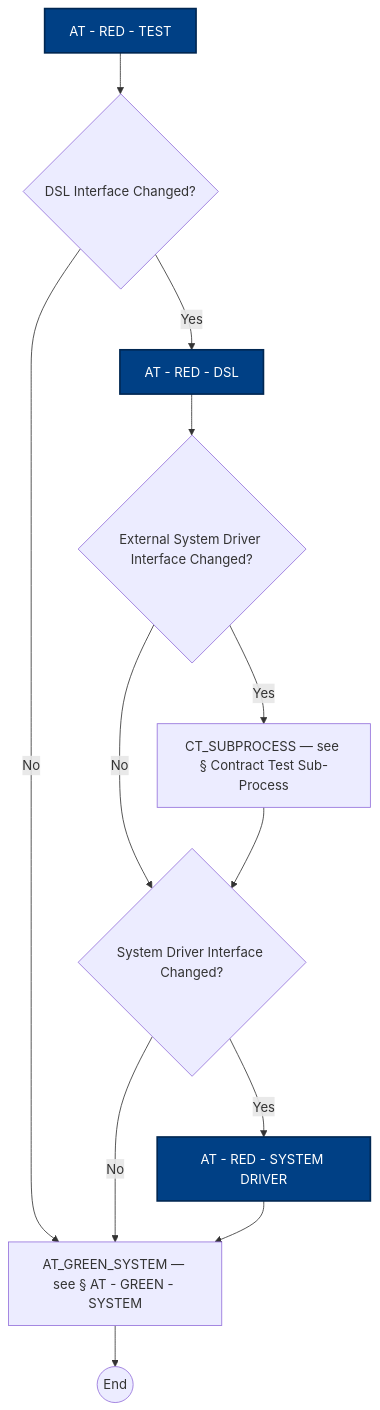
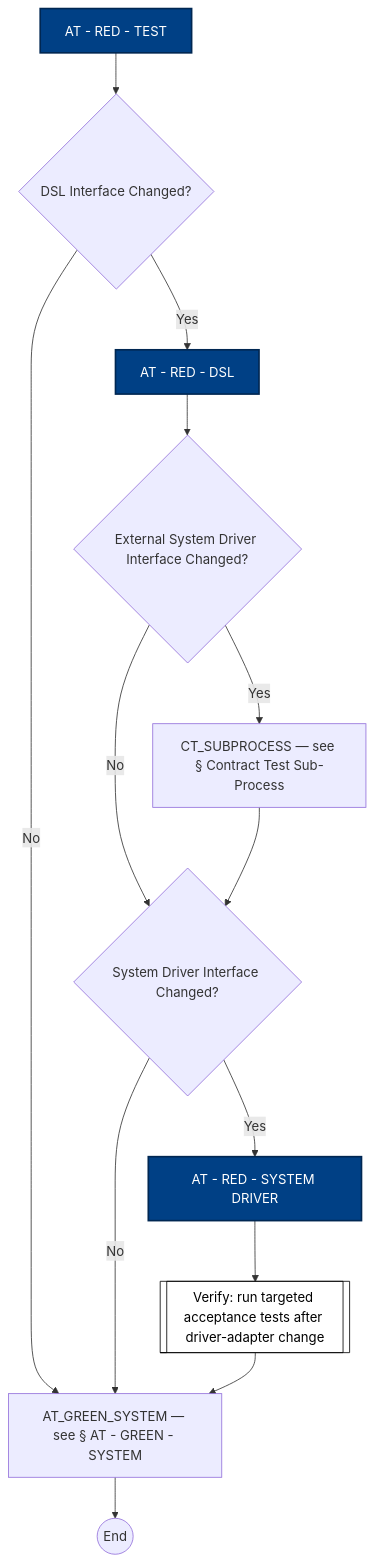
Before and after one commit to optivem/gh-optivem: the fifth of 12 diagrams in docs/process-diagram.md, drawn with Mermaid. The commit also changed other lines of this file and 3 other files, not shown here.

Commit message:
atdd: regenerate process-flow diagram

````diff
--- a/docs/process-diagram.md
+++ b/docs/process-diagram.md
@@ -106,27 +106,32 @@
 ```mermaid
 flowchart TD
     AT_END((End))
     AT_GREEN_SYSTEM[AT_GREEN_SYSTEM — see § AT - GREEN - SYSTEM]
     AT_RED_DSL[AT - RED - DSL]
     AT_RED_SYSTEM_DRIVER[AT - RED - SYSTEM DRIVER]
     AT_RED_TEST[AT - RED - TEST]
     CT_SUBPROCESS[CT_SUBPROCESS — see § Contract Test Sub-Process]
     GATE_DSL_AT{DSL Interface Changed?}
     GATE_EXT_AT{External System Driver Interface Changed?}
     GATE_SYS_AT{System Driver Interface Changed?}
+    VERIFY_AT_DRIVER[[Verify: run targeted acceptance tests after driver-adapter change]]
 
     AT_RED_TEST --> GATE_DSL_AT
     GATE_DSL_AT -- No --> AT_GREEN_SYSTEM
     GATE_DSL_AT -- Yes --> AT_RED_DSL
     AT_RED_DSL --> GATE_EXT_AT
     GATE_EXT_AT -- Yes --> CT_SUBPROCESS
     GATE_EXT_AT -- No --> GATE_SYS_AT
     CT_SUBPROCESS --> GATE_SYS_AT
     GATE_SYS_AT -- Yes --> AT_RED_SYSTEM_DRIVER
     GATE_SYS_AT -- No --> AT_GREEN_SYSTEM
-    AT_RED_SYSTEM_DRIVER --> AT_GREEN_SYSTEM
+    AT_RED_SYSTEM_DRIVER --> VERIFY_AT_DRIVER
+    VERIFY_AT_DRIVER --> AT_GREEN_SYSTEM
     AT_GREEN_SYSTEM --> AT_END
+
+    classDef serviceNode fill:#ffffff,stroke:#000000,stroke-width:1px,color:#000000
+    class VERIFY_AT_DRIVER serviceNode
 
     classDef agentNode fill:#004085,stroke:#002752,stroke-width:2px,color:#ffffff
     class AT_RED_DSL,AT_RED_SYSTEM_DRIVER,AT_RED_TEST agentNode
 ```
````
